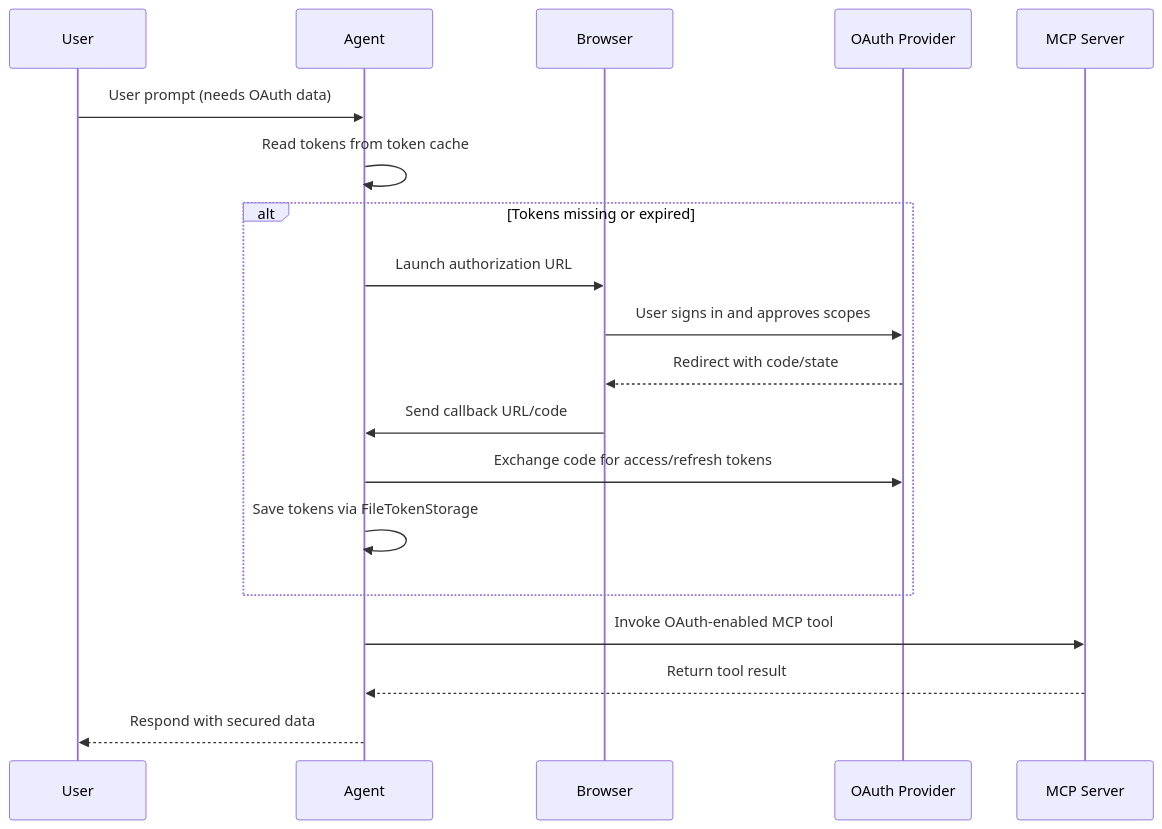
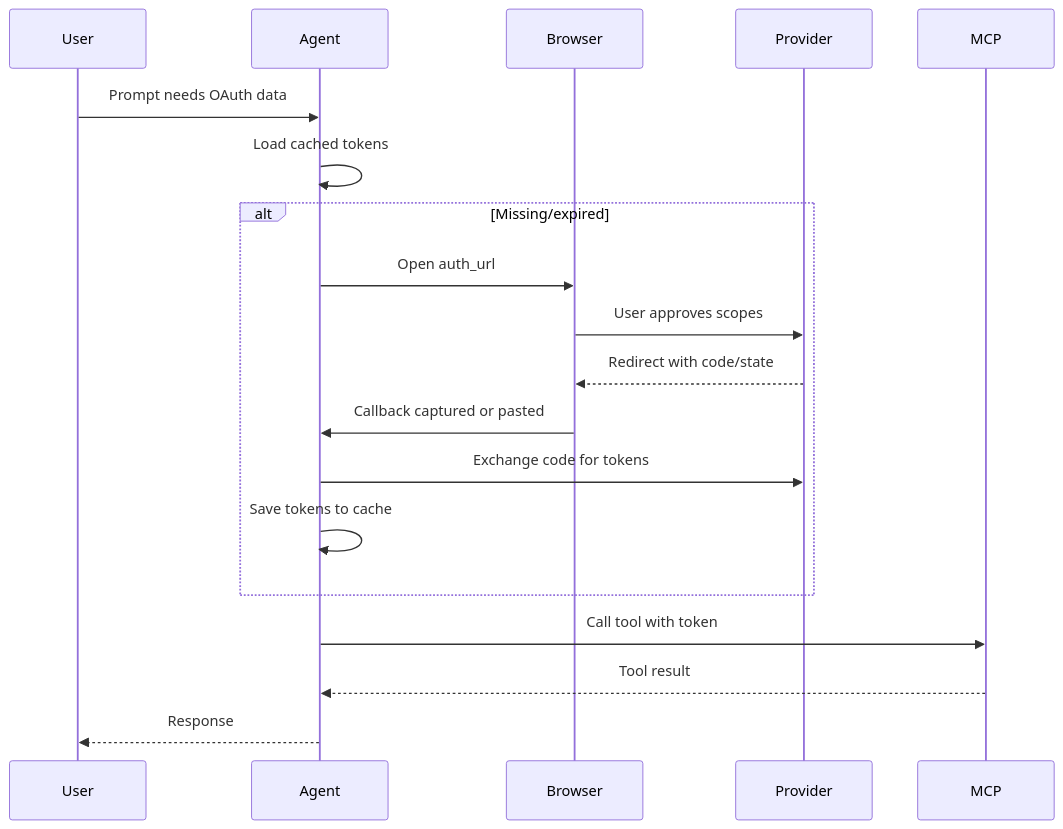
The diagram in docs/core-framework/tools/mcp-oauth.mdx (VRSEN/agency-swarm), drawn with Mermaid before and after one commit. The commit also changed other lines of this file and 2 other files, not shown here.

First line of the commit message:
docs: streamline mcp oauth guides

````diff
--- a/docs/core-framework/tools/mcp-oauth.mdx
+++ b/docs/core-framework/tools/mcp-oauth.mdx
@@ -70,22 +45,22 @@
 ```mermaid
 sequenceDiagram
     participant User
     participant Agent
     participant Browser
-    participant OAuth as OAuth Provider
-    participant MCP as MCP Server
+    participant Provider
+    participant MCP
 
-    User->>Agent: User prompt (needs OAuth data)
-    Agent->>Agent: Read tokens from token cache
-    alt Tokens missing or expired
-        Agent->>Browser: Launch authorization URL
-        Browser->>OAuth: User signs in and approves scopes
-        OAuth-->>Browser: Redirect with code/state
-        Browser->>Agent: Send callback URL/code
-        Agent->>OAuth: Exchange code for access/refresh tokens
-        Agent->>Agent: Save tokens via FileTokenStorage
+    User->>Agent: Prompt needs OAuth data
+    Agent->>Agent: Load cached tokens
+    alt Missing/expired
+        Agent->>Browser: Open auth_url
+        Browser->>Provider: User approves scopes
+        Provider-->>Browser: Redirect with code/state
+        Browser->>Agent: Callback captured or pasted
+        Agent->>Provider: Exchange code for tokens
+        Agent->>Agent: Save tokens to cache
     end
-    Agent->>MCP: Invoke OAuth-enabled MCP tool
-    MCP-->>Agent: Return tool result
-    Agent-->>User: Respond with secured data
+    Agent->>MCP: Call tool with token
+    MCP-->>Agent: Tool result
+    Agent-->>User: Response
 ```
````
